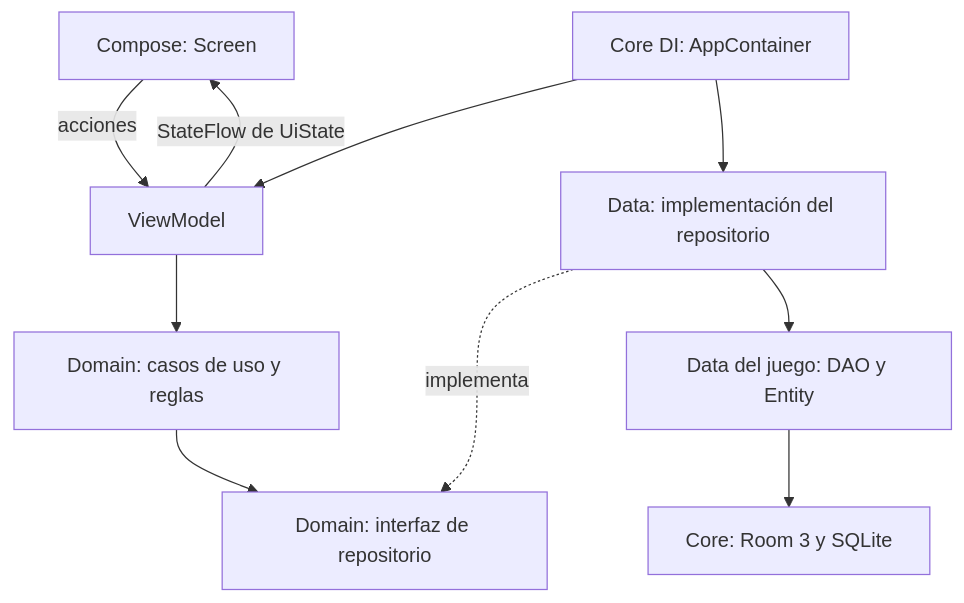
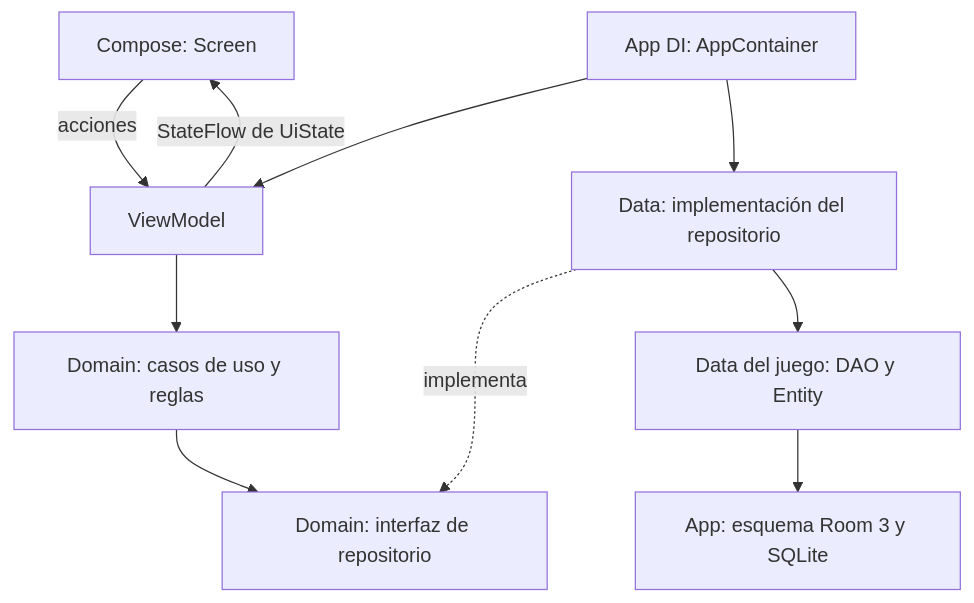
Before and after one commit to BorjaJG/Play-Box: the diagram in docs/ARCHITECTURE.md, drawn with Mermaid. The commit also changed other lines of this file and 9 other files, not shown here.

````diff
--- a/docs/ARCHITECTURE.md
+++ b/docs/ARCHITECTURE.md
@@ -5,12 +5,12 @@
 ```mermaid
 flowchart TD
     UI[Compose: Screen] -->|acciones| VM[ViewModel]
     VM -->|StateFlow de UiState| UI
     VM --> UC[Domain: casos de uso y reglas]
     UC --> PORT[Domain: interfaz de repositorio]
     DATA[Data: implementación del repositorio] -. implementa .-> PORT
     DATA --> DAO[Data del juego: DAO y Entity]
-    DAO --> DB[Core: Room 3 y SQLite]
-    DI[Core DI: AppContainer] --> VM
+    DAO --> DB[App: esquema Room 3 y SQLite]
+    DI[App DI: AppContainer] --> VM
     DI --> DATA
 ```
````
